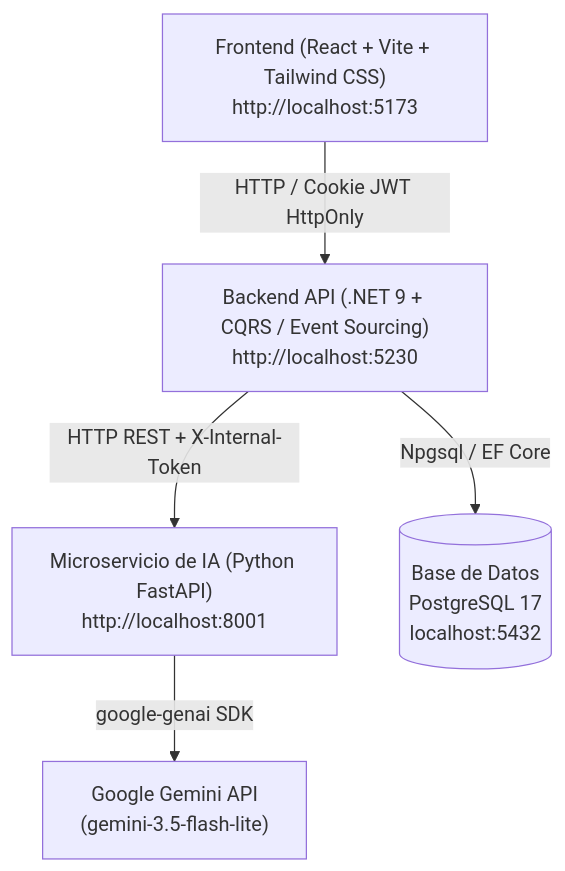
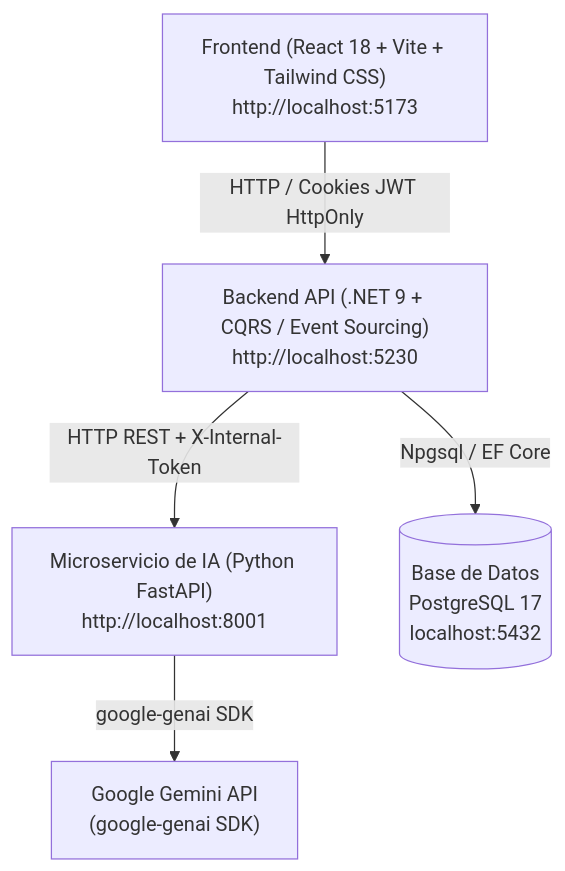
The diagram in README.md (JJoelM/GamificationProject), drawn with Mermaid before and after one commit. The commit also changed other lines of this file and 1 other file, not shown here.

````diff
--- a/README.md
+++ b/README.md
@@ -11,13 +11,13 @@
 ```mermaid
 flowchart TD
-    Client["Frontend (React + Vite + Tailwind CSS)\nhttp://localhost:5173"]
+    Client["Frontend (React 18 + Vite + Tailwind CSS)\nhttp://localhost:5173"]
     API["Backend API (.NET 9 + CQRS / Event Sourcing)\nhttp://localhost:5230"]
     AI["Microservicio de IA (Python FastAPI)\nhttp://localhost:8001"]
     DB[("Base de Datos\nPostgreSQL 17\nlocalhost:5432")]
-    Gemini["Google Gemini API\n(gemini-3.5-flash-lite)"]
+    Gemini["Google Gemini API\n(google-genai SDK)"]
 
-    Client -->|HTTP / Cookie JWT HttpOnly| API
+    Client -->|HTTP / Cookies JWT HttpOnly| API
     API -->|Npgsql / EF Core| DB
     API -->|HTTP REST + X-Internal-Token| AI
     AI -->|google-genai SDK| Gemini
 ```
````
